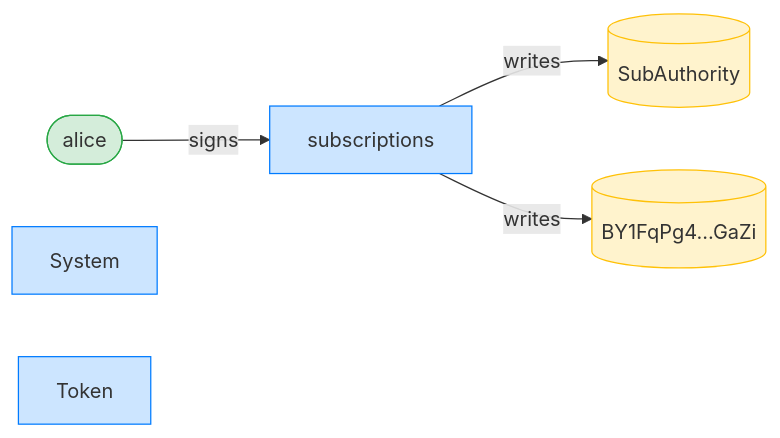
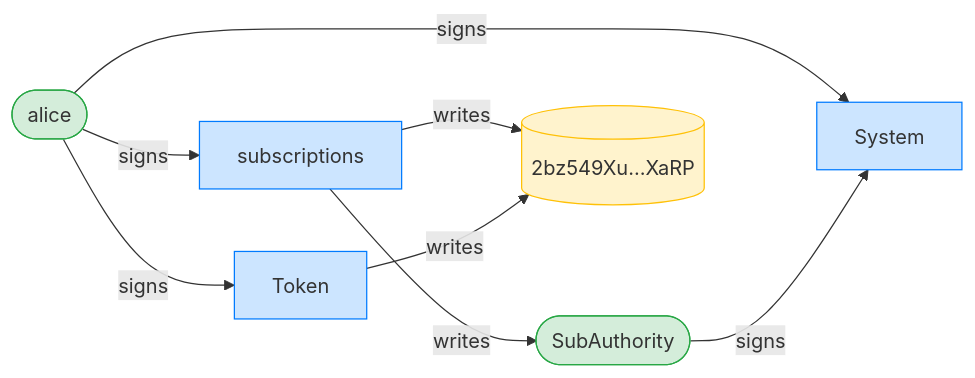
The third of 8 diagrams in dsl_tests/mallory-cannot-revoke-a-sponsor-funded-delegation.md (cds-rs/subscriptions), drawn with Mermaid before and after one commit. The commit also changed other lines of this file and 224 other files, not shown here.

````diff
--- a/dsl_tests/mallory-cannot-revoke-a-sponsor-funded-delegation.md
+++ b/dsl_tests/mallory-cannot-revoke-a-sponsor-funded-delegation.md
@@ -53,15 +54,19 @@
 ```mermaid
 flowchart LR
     classDef signer fill:#d4edda,stroke:#28a745;
     classDef program fill:#cce5ff,stroke:#007bff;
     classDef writable fill:#fff3cd,stroke:#ffc107;
     subscriptions[subscriptions]:::program
     alice([alice]):::signer
-    SubAuthority[(SubAuthority)]:::writable
-    BY1FqPg4_GaZi[("BY1FqPg4…GaZi")]:::writable
+    SubAuthority([SubAuthority]):::signer
+    2bz549Xu_XaRP[("2bz549Xu…XaRP")]:::writable
     System[System]:::program
     Token[Token]:::program
     alice -->|signs| subscriptions
+    alice -->|signs| System
+    SubAuthority -->|signs| System
+    alice -->|signs| Token
     subscriptions -->|writes| SubAuthority
-    subscriptions -->|writes| BY1FqPg4_GaZi
+    subscriptions -->|writes| 2bz549Xu_XaRP
+    Token -->|writes| 2bz549Xu_XaRP
 ```
````
